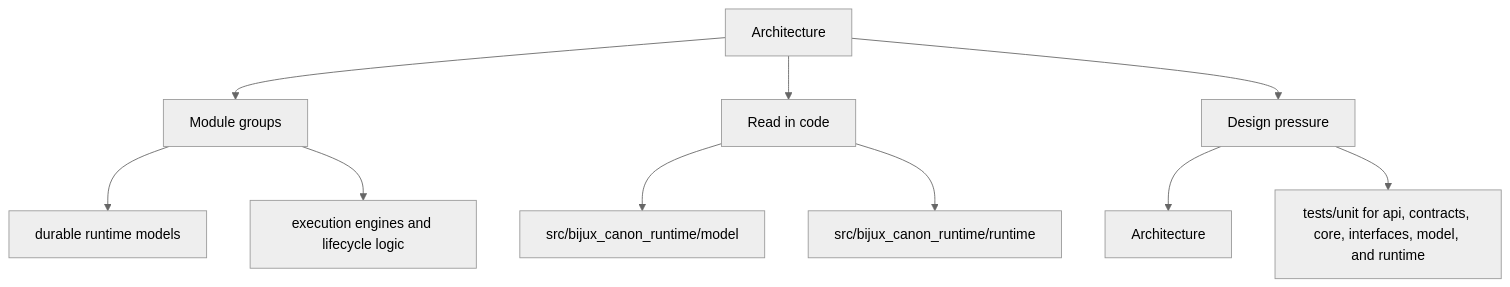
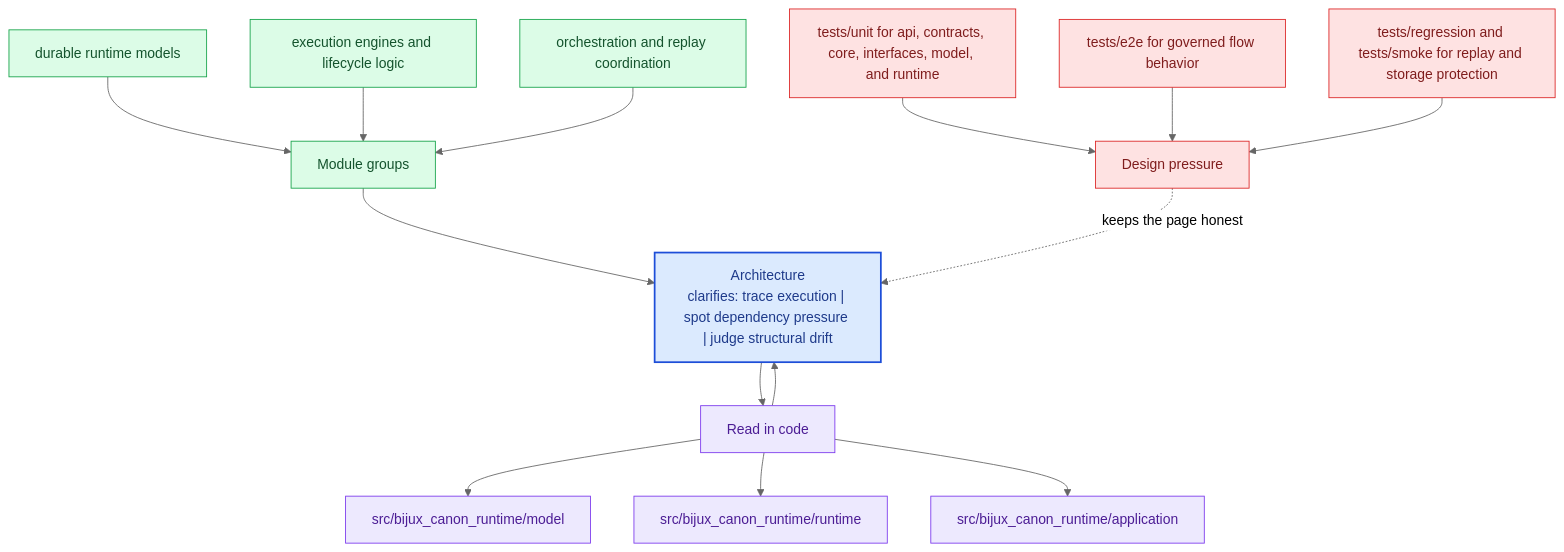
One commit to bijux/bijux-canon changed the second of 2 diagrams in docs/bijux-canon-runtime/architecture/index.md. Above: the diagram before and after it, drawn with Mermaid (neutral theme). The commit also changed other lines of this file and 281 other files, not shown here.

Commit message:
docs(diagrams): deepen handbook mermaid maps across the catalog

````diff
--- a/docs/bijux-canon-runtime/architecture/index.md
+++ b/docs/bijux-canon-runtime/architecture/index.md
@@ -32,22 +65,40 @@
 ```mermaid
-flowchart TD
-    page["Architecture"]
+flowchart TB
+    promise["Architecture<br/>clarifies: trace execution | spot dependency pressure | judge structural drift"]
+    classDef promise fill:#dbeafe,stroke:#1d4ed8,color:#1e3a8a,stroke-width:2px;
+    classDef driver fill:#dcfce7,stroke:#16a34a,color:#14532d;
+    classDef constraint fill:#fee2e2,stroke:#dc2626,color:#7f1d1d;
+    classDef ground fill:#ede9fe,stroke:#7c3aed,color:#4c1d95;
     focus1["Module groups"]
-    page --> focus1
+    focus1 --> promise
     focus1_1["durable runtime models"]
-    focus1 --> focus1_1
+    focus1_1 --> focus1
     focus1_2["execution engines and lifecycle logic"]
-    focus1 --> focus1_2
+    focus1_2 --> focus1
+    focus1_3["orchestration and replay coordination"]
+    focus1_3 --> focus1
+    class focus1 driver;
+    class focus1_1,focus1_2,focus1_3 driver;
     focus2["Read in code"]
-    page --> focus2
+    focus2 --> promise
+    promise --> focus2
     focus2_1["src/bijux_canon_runtime/model"]
     focus2 --> focus2_1
     focus2_2["src/bijux_canon_runtime/runtime"]
     focus2 --> focus2_2
+    focus2_3["src/bijux_canon_runtime/application"]
+    focus2 --> focus2_3
+    class focus2 ground;
+    class focus2_1,focus2_2,focus2_3 ground;
     focus3["Design pressure"]
-    page --> focus3
-    focus3_1["Architecture"]
-    focus3 --> focus3_1
-    focus3_2["tests/unit for api, contracts, core, interfaces, model, and runtime"]
-    focus3 --> focus3_2
+    focus3 -.keeps the page honest.-> promise
+    focus3_1["tests/unit for api, contracts, core, interfaces, model, and runtime"]
+    focus3_1 --> focus3
+    focus3_2["tests/e2e for governed flow behavior"]
+    focus3_2 --> focus3
+    focus3_3["tests/regression and tests/smoke for replay and storage protection"]
+    focus3_3 --> focus3
+    class focus3 constraint;
+    class focus3_1,focus3_2,focus3_3 constraint;
+    class promise promise;
 ```
````
